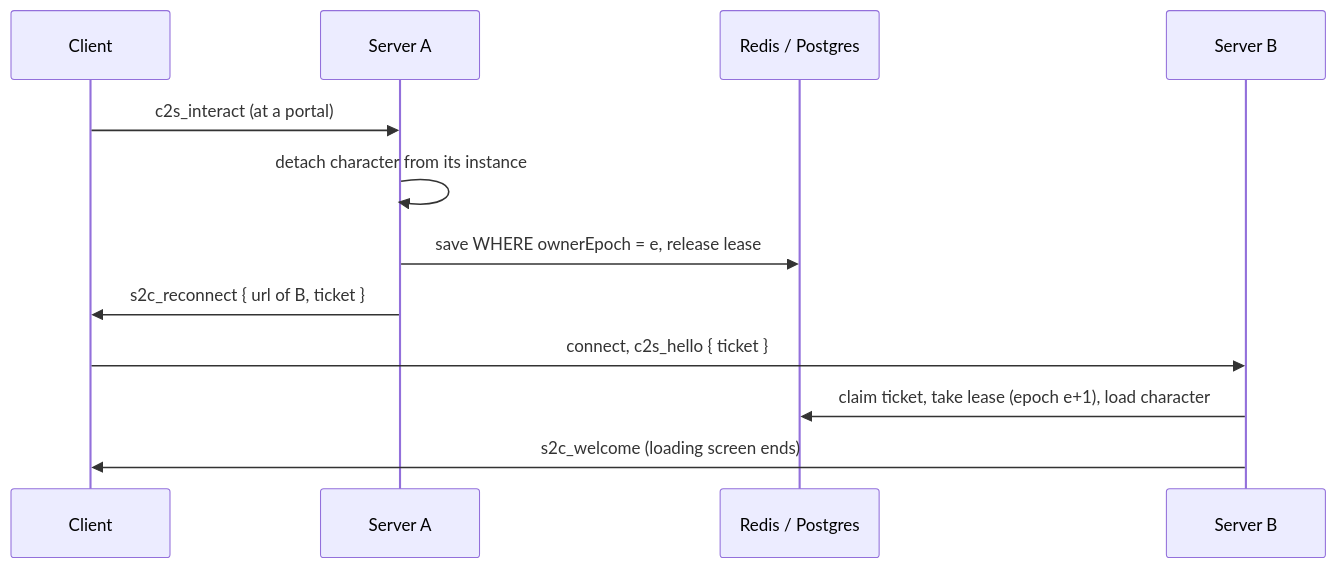
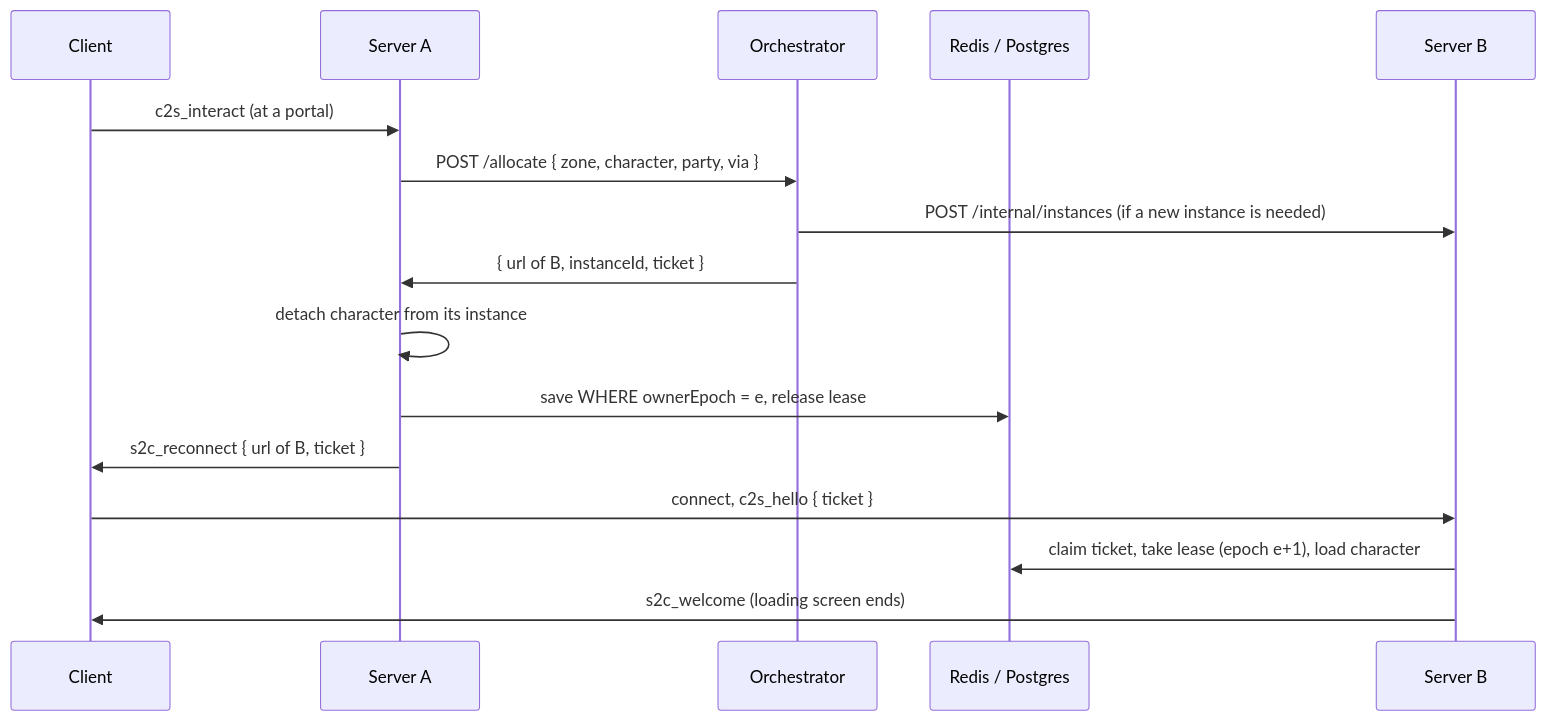
The second of 5 diagrams in docs/ARCHITECTURE.md (bigabig/mmoexile), drawn with Mermaid before and after one commit. The commit also changed other lines of this file and 10 other files, not shown here.

````diff
--- a/docs/ARCHITECTURE.md
+++ b/docs/ARCHITECTURE.md
@@ -56,15 +80,19 @@
 ```mermaid
 sequenceDiagram
     participant C as Client
     participant A as Server A
+    participant O as Orchestrator
     participant R as Redis / Postgres
     participant B as Server B
 
     C->>A: c2s_interact (at a portal)
+    A->>O: POST /allocate { zone, character, party, via }
+    O->>B: POST /internal/instances (if a new instance is needed)
+    O->>A: { url of B, instanceId, ticket }
     A->>A: detach character from its instance
     A->>R: save WHERE ownerEpoch = e, release lease
     A->>C: s2c_reconnect { url of B, ticket }
     C->>B: connect, c2s_hello { ticket }
     B->>R: claim ticket, take lease (epoch e+1), load character
     B->>C: s2c_welcome (loading screen ends)
 ```
````
